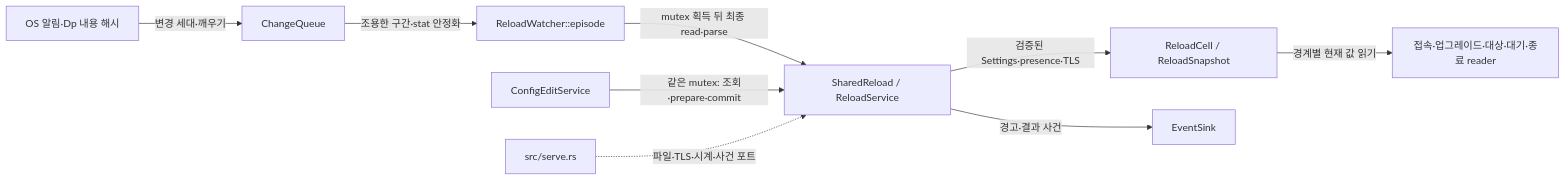
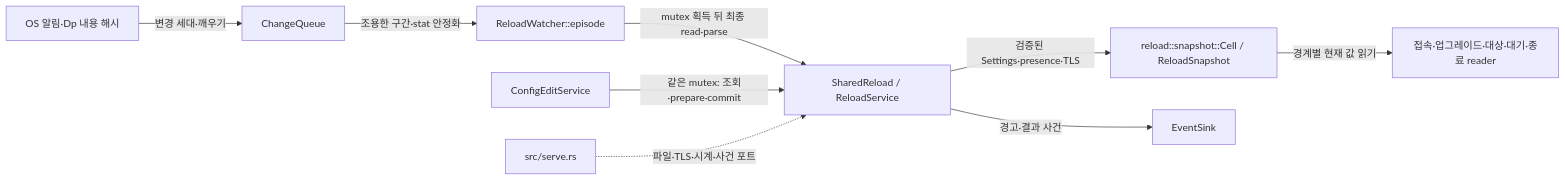
One commit to kayden-kim/vnc-relay changed the diagram in docs/architectures/file-watch.md. Above: the diagram before and after it, drawn with Mermaid. The commit also changed other lines of this file and 58 other files, not shown here.

````diff
--- a/docs/architectures/file-watch.md
+++ b/docs/architectures/file-watch.md
@@ -33,11 +33,11 @@
 ```mermaid
 flowchart LR
     OS["OS 알림·Dp 내용 해시"] -->|"변경 세대·깨우기"| Q["ChangeQueue"]
     Q -->|"조용한 구간·stat 안정화"| W["ReloadWatcher::episode"]
     W -->|"mutex 획득 뒤 최종 read·parse"| S["SharedReload / ReloadService"]
     EDIT["ConfigEditService"] -->|"같은 mutex: 조회·prepare·commit"| S
-    S -->|"검증된 Settings·presence·TLS"| CELL["ReloadCell / ReloadSnapshot"]
+    S -->|"검증된 Settings·presence·TLS"| CELL["reload::snapshot::Cell / ReloadSnapshot"]
     CELL -->|"경계별 현재 값 읽기"| R["접속·업그레이드·대상·대기·종료 reader"]
     S -->|"경고·결과 사건"| LOG["EventSink"]
     ROOT["src/serve.rs"] -.->|"파일·TLS·시계·사건 포트"| S
 ```
````
